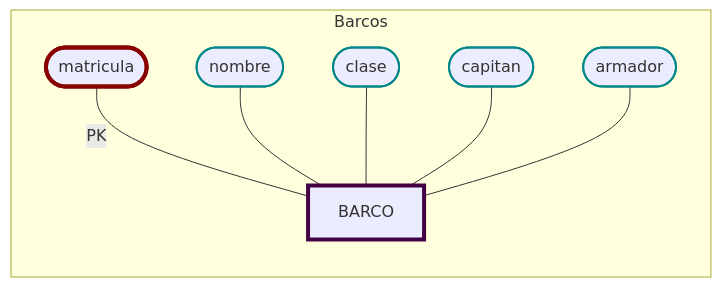
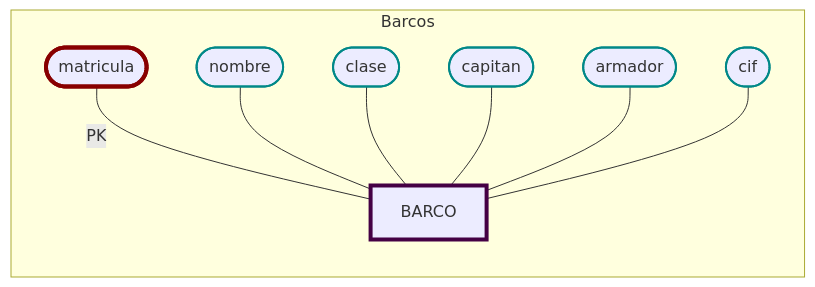
Before and after one commit to JulTob/Data: the third of 14 diagrams in DataBases/lonja_DB.md, drawn with Mermaid. The commit also changed other lines of this file, not shown here.

````diff
--- a/DataBases/lonja_DB.md
+++ b/DataBases/lonja_DB.md
@@ -93,16 +122,17 @@
 ```mermaid
 flowchart LR   
   classDef atributo stroke:#088,stroke-width:2px;
   classDef pk stroke:#800,stroke-width:4px;
   classDef entidad stroke:#404,stroke-width:4px;
 
   %% Atributos BARCO
   subgraph Barcos
   Barco[BARCO]:::entidad
   matricula([matricula]):::pk ---|PK| Barco
   nombre([nombre]):::atributo --- Barco
   clase([clase]):::atributo --- Barco
   capitan([capitan]):::atributo --- Barco
   armador([armador]):::atributo --- Barco
+  cif([cif]):::atributo --- Barco
   end
 ```
````
